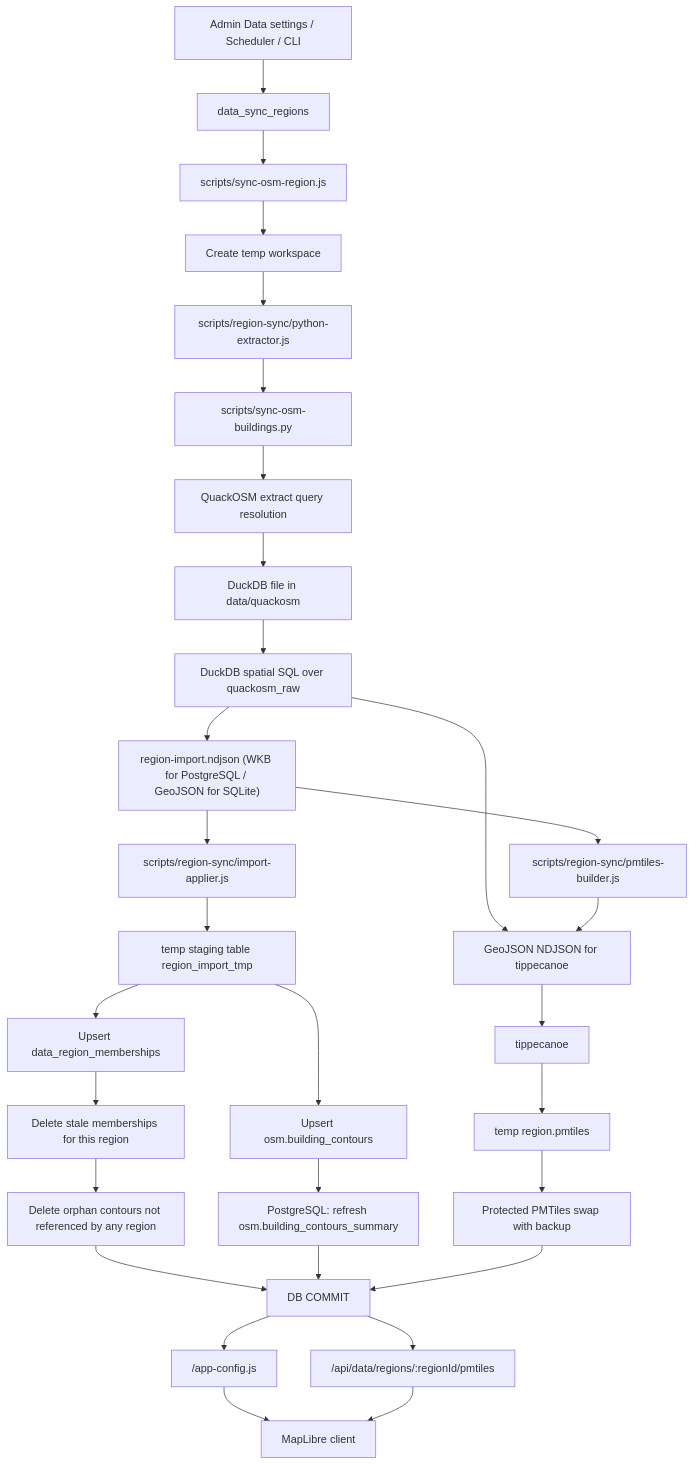
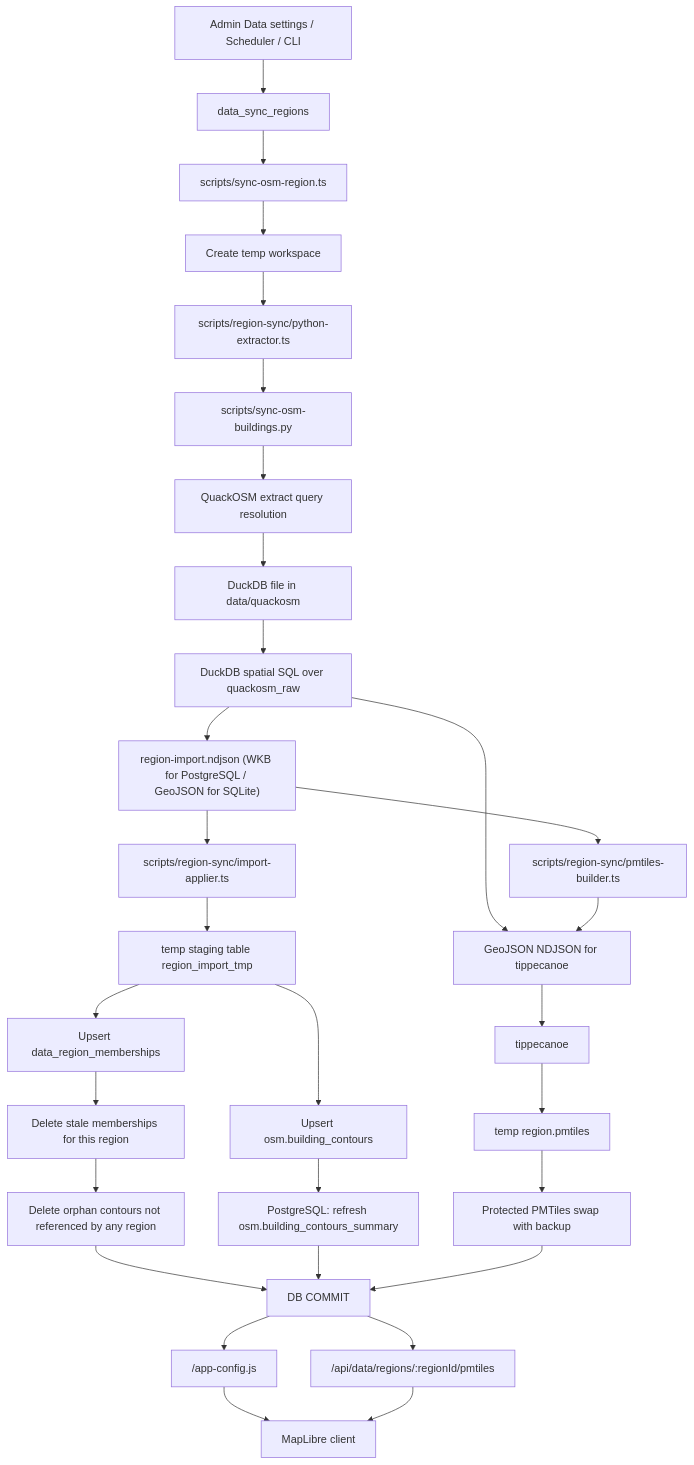
The diagram in docs/osm-import-pipeline.md (streletskiy/archimap), drawn with Mermaid before and after one commit. The commit also changed other lines of this file and 407 other files, not shown here.

````diff
--- a/docs/osm-import-pipeline.md
+++ b/docs/osm-import-pipeline.md
@@ -91,32 +91,32 @@
 ```mermaid
 flowchart TD
   A["Admin Data settings / Scheduler / CLI"] --> B["data_sync_regions"]
-  B --> C["scripts/sync-osm-region.js"]
+  B --> C["scripts/sync-osm-region.ts"]
   C --> D["Create temp workspace"]
-  D --> E["scripts/region-sync/python-extractor.js"]
+  D --> E["scripts/region-sync/python-extractor.ts"]
   E --> F["scripts/sync-osm-buildings.py"]
   F --> G["QuackOSM extract query resolution"]
   G --> H["DuckDB file in data/quackosm"]
   H --> I["DuckDB spatial SQL over quackosm_raw"]
   I --> J["region-import.ndjson (WKB for PostgreSQL / GeoJSON for SQLite)"]
   I --> L["region-build.ndjson (GeoJSON for PostgreSQL full sync)"]
-  J --> K["scripts/region-sync/pmtiles-builder.js"]
+  J --> K["scripts/region-sync/pmtiles-builder.ts"]
   K --> L["GeoJSON NDJSON for tippecanoe"]
   L --> M["tippecanoe"]
   M --> N["temp region.pmtiles"]
-  J --> O["scripts/region-sync/import-applier.js"]
+  J --> O["scripts/region-sync/import-applier.ts"]
   O --> P["temp staging table region_import_tmp"]
   P --> Q["Upsert osm.building_contours"]
   P --> R["Upsert data_region_memberships"]
   R --> S["Delete stale memberships for this region"]
   S --> T["Delete orphan contours not referenced by any region"]
   Q --> U["PostgreSQL: refresh osm.building_contours_summary"]
   N --> V["Protected PMTiles swap with backup"]
   T --> W[DB COMMIT]
   U --> W
   V --> W
   W --> X["/app-config.js"]
   W --> Y["/api/data/regions/:regionId/pmtiles"]
   X --> Z["MapLibre client"]
   Y --> Z
 ```
````
